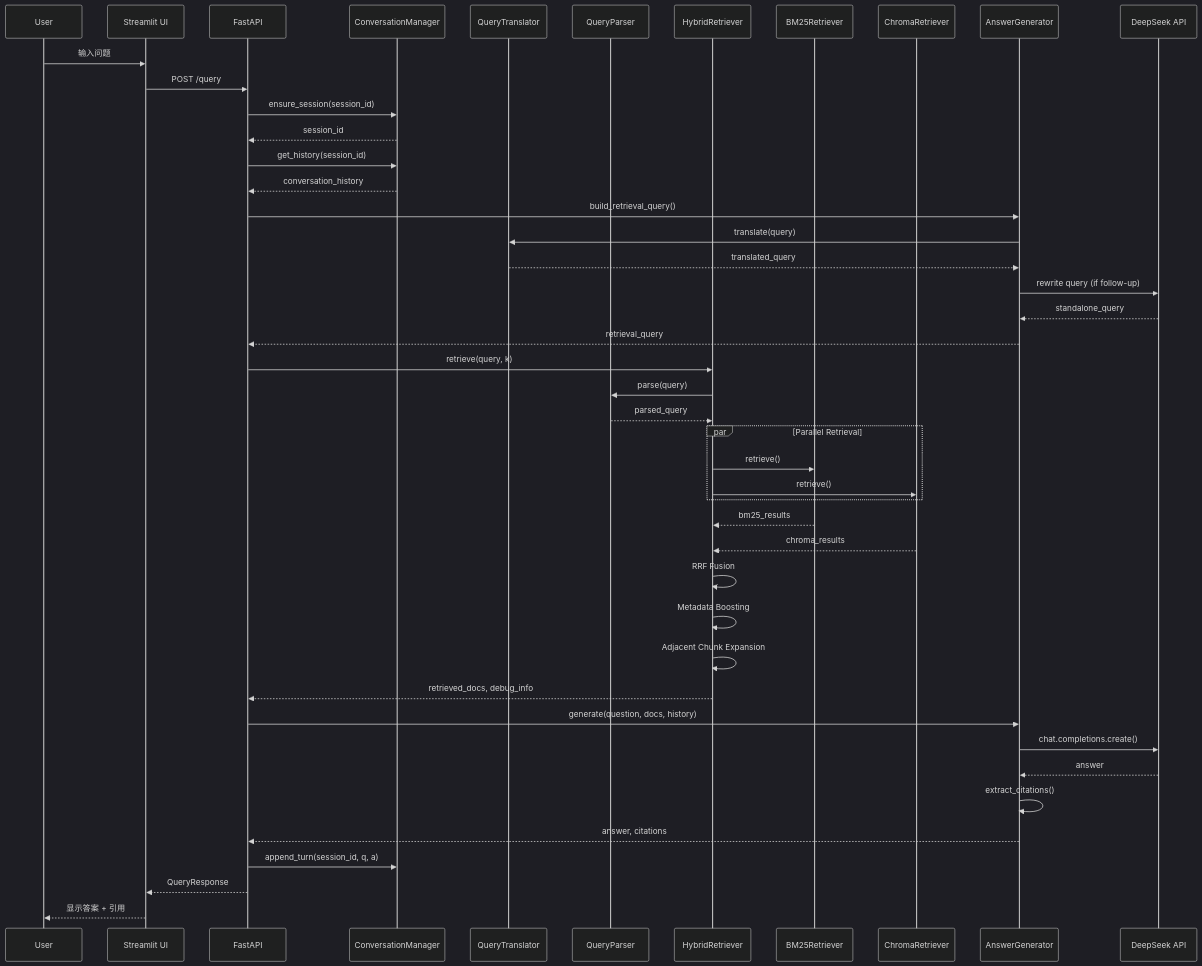
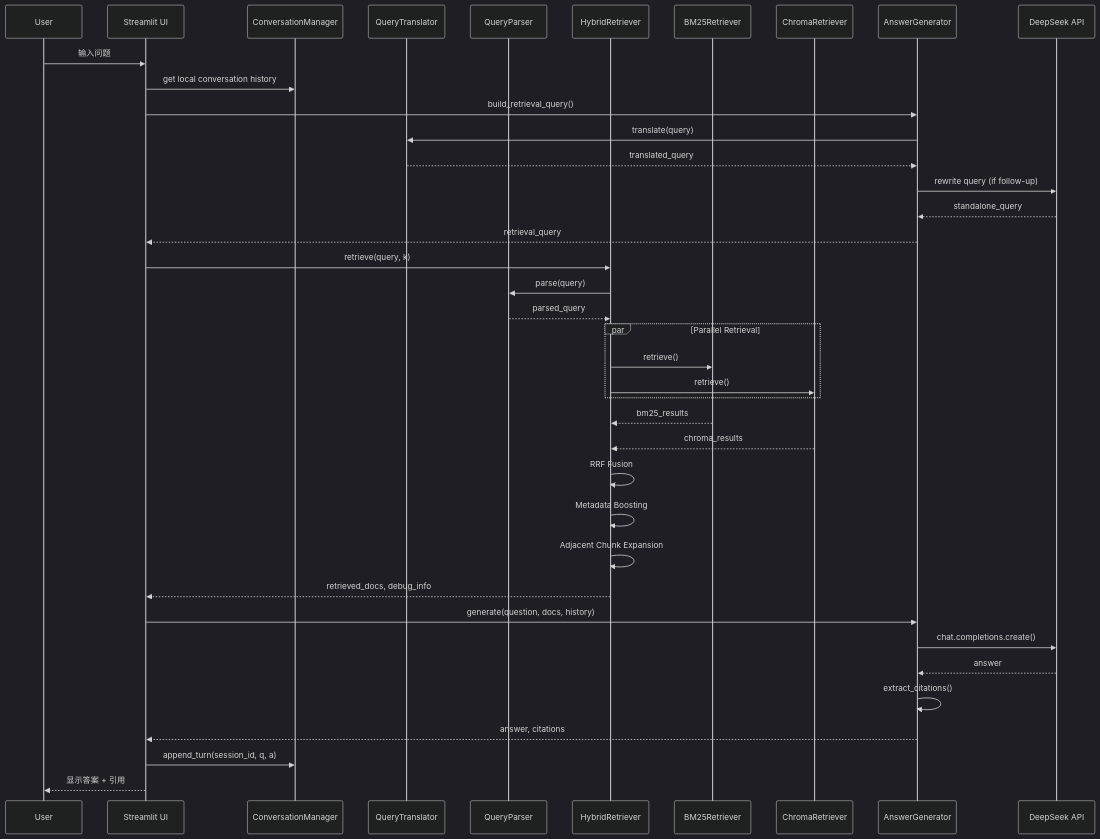
The fourth of 5 diagrams in ARCHITECTURE.md (mystery-pai/FinAgent), drawn with Mermaid (dark theme) before and after one commit. The commit also changed other lines of this file and 15 other files, not shown here.

Commit message:
feat: add visualization flow to UI and CLI

````diff
--- a/ARCHITECTURE.md
+++ b/ARCHITECTURE.md
@@ -498,53 +563,46 @@
 ```mermaid
 sequenceDiagram
     participant U as User
     participant UI as Streamlit UI
-    participant API as FastAPI
     participant CM as ConversationManager
     participant QT as QueryTranslator
     participant QP as QueryParser
     participant HR as HybridRetriever
     participant BR as BM25Retriever
     participant CR as ChromaRetriever
     participant AG as AnswerGenerator
     participant LLM as DeepSeek API
 
     U->>UI: 输入问题
-    UI->>API: POST /query
-    API->>CM: ensure_session(session_id)
-    CM-->>API: session_id
-    API->>CM: get_history(session_id)
-    CM-->>API: conversation_history
-
-    API->>AG: build_retrieval_query()
+    UI->>CM: get local conversation history
+    UI->>AG: build_retrieval_query()
     AG->>QT: translate(query)
     QT-->>AG: translated_query
     AG->>LLM: rewrite query (if follow-up)
     LLM-->>AG: standalone_query
-    AG-->>API: retrieval_query
+    AG-->>UI: retrieval_query
 
-    API->>HR: retrieve(query, k)
+    UI->>HR: retrieve(query, k)
     HR->>QP: parse(query)
     QP-->>HR: parsed_query
     par Parallel Retrieval
         HR->>BR: retrieve()
         HR->>CR: retrieve()
     end
     BR-->>HR: bm25_results
     CR-->>HR: chroma_results
 
     HR->>HR: RRF Fusion
     HR->>HR: Metadata Boosting
     HR->>HR: Adjacent Chunk Expansion
-    HR-->>API: retrieved_docs, debug_info
+    HR-->>UI: retrieved_docs, debug_info
 
-    API->>AG: generate(question, docs, history)
+    UI->>AG: generate(question, docs, history)
     AG->>LLM: chat.completions.create()
     LLM-->>AG: answer
     AG->>AG: extract_citations()
-    AG-->>API: answer, citations
+    AG-->>UI: answer, citations
 
-    API->>CM: append_turn(session_id, q, a)
-    API-->>UI: QueryResponse
+    UI->>CM: append_turn(session_id, q, a)
     UI-->>U: 显示答案 + 引用
 ```
````
